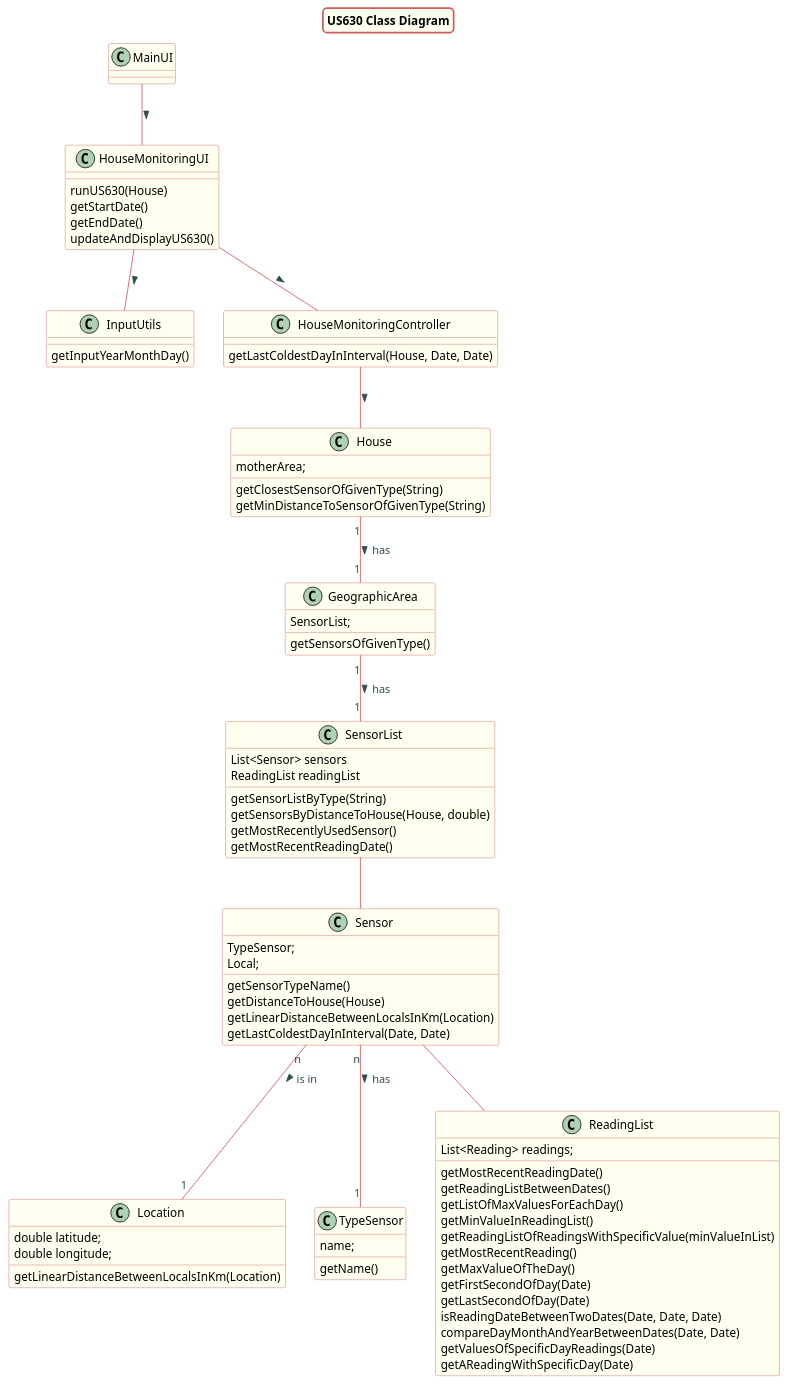
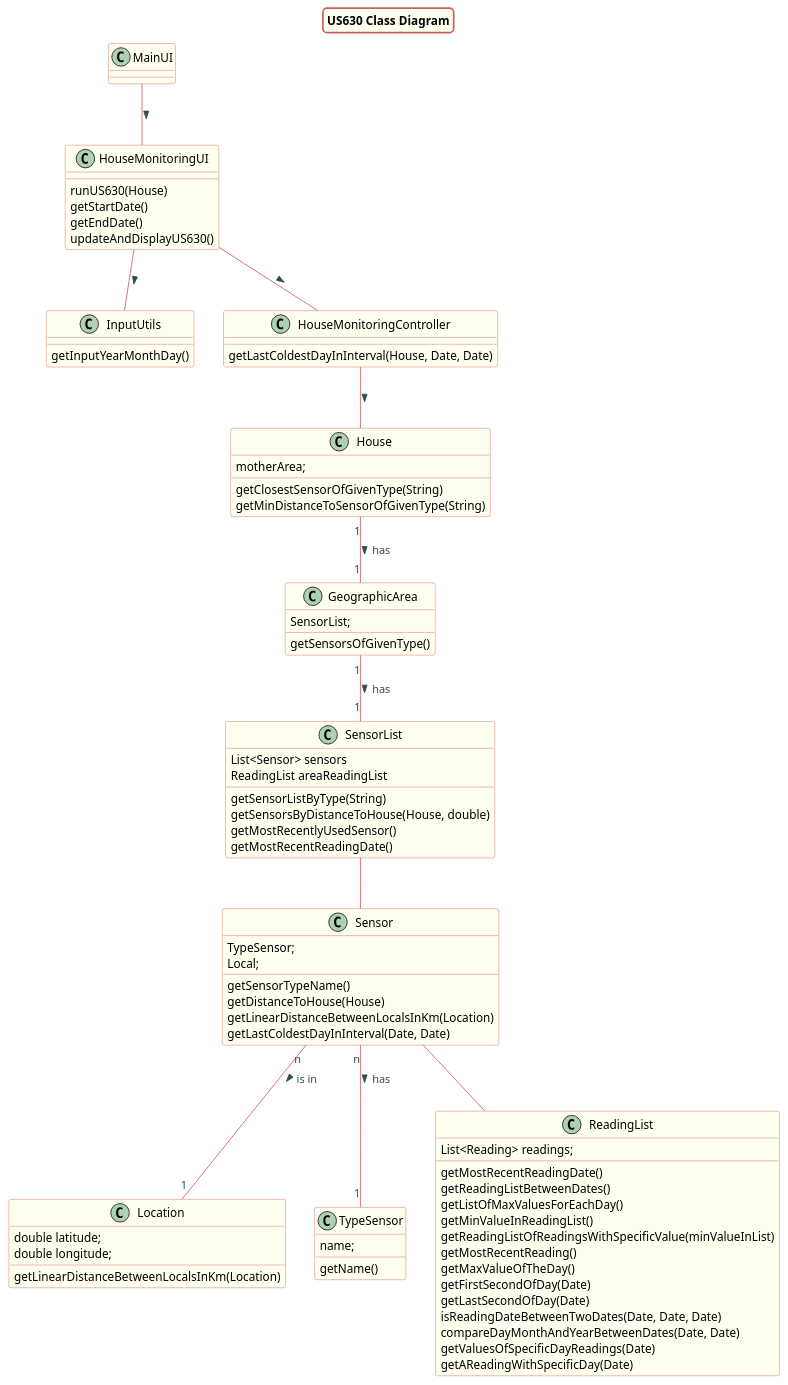
Before and after one commit to Almadanmp/project: the diagram in src/doc/Controllers/HouseMonitoring/US630/US630_cd_HouseMonitoring.puml, drawn with PlantUML. The commit also changed 22 other files, not shown here.

Commit message:
REF#203 REF#197 renames ReadingList to AreaReadingList

```diff
--- a/src/doc/Controllers/HouseMonitoring/US630/US630_cd_HouseMonitoring.puml
+++ b/src/doc/Controllers/HouseMonitoring/US630/US630_cd_HouseMonitoring.puml
@@ -1,114 +1,114 @@
 @startuml
 title US630 Class Diagram
 
 skinparam titleBorderRoundCorner 10
 skinparam titleBorderThickness 2
 skinparam titleBorderColor indianred
 skinparam titleBackgroundColor ivory
 skinparam FontName verdana
 
 skinparam class {
  	BorderColor indianred
  	BackgroundColor indianred
  	BackgroundColor ivory
     roundcorner 10
     ArrowFontName Verdana
     ArrowColor indianred
     ArrowFontColor darkslategrey
  }
 
 class House
 MainUI -- HouseMonitoringUI : >
 HouseMonitoringUI -- InputUtils : >
 HouseMonitoringUI -- HouseMonitoringController : >
 HouseMonitoringController -- House : >
 House "1" -- "1" GeographicArea : has >
 GeographicArea "1" -- "1" SensorList : has >
 SensorList -- Sensor
 Sensor "n" -- "1" Location: is in >
 Sensor "n" -- "1" TypeSensor: has >
 Sensor -- ReadingList
 
 class HouseMonitoringUI {
 runUS630(House)
 getStartDate()
 getEndDate()
 updateAndDisplayUS630()
 }
 
 class InputUtils{
 getInputYearMonthDay()
 }
 
 class HouseMonitoringController {
 getLastColdestDayInInterval(House, Date, Date)
 }
 
 class House{
 motherArea;
 
 getClosestSensorOfGivenType(String)
 getMinDistanceToSensorOfGivenType(String)
 }
 
 class GeographicArea{
 SensorList;
 
 getSensorsOfGivenType()
 }
 
 class SensorList{
 List<Sensor> sensors
-ReadingList readingList
+ReadingList areaReadingList
 
 getSensorListByType(String)
 getSensorsByDistanceToHouse(House, double)
 getMostRecentlyUsedSensor()
 getMostRecentReadingDate()
 }
 
 class Sensor{
 TypeSensor;
 Local;
 
 getSensorTypeName()
 getDistanceToHouse(House)
 getLinearDistanceBetweenLocalsInKm(Location)
 getLastColdestDayInInterval(Date, Date)
 }
 
 class TypeSensor{
 name;
 
 getName()
 }
 
 
 
 class Location{
 double latitude;
 double longitude;
 
 getLinearDistanceBetweenLocalsInKm(Location)
 }
 
 class ReadingList{
 List<Reading> readings;
 
 getMostRecentReadingDate()
 getReadingListBetweenDates()
 getListOfMaxValuesForEachDay()
 getMinValueInReadingList()
 getReadingListOfReadingsWithSpecificValue(minValueInList)
 getMostRecentReading()
 getMaxValueOfTheDay()
 getFirstSecondOfDay(Date)
 getLastSecondOfDay(Date)
 isReadingDateBetweenTwoDates(Date, Date, Date)
 compareDayMonthAndYearBetweenDates(Date, Date)
 getValuesOfSpecificDayReadings(Date)
 getAReadingWithSpecificDay(Date)
 
 }
 
 @enduml
```
